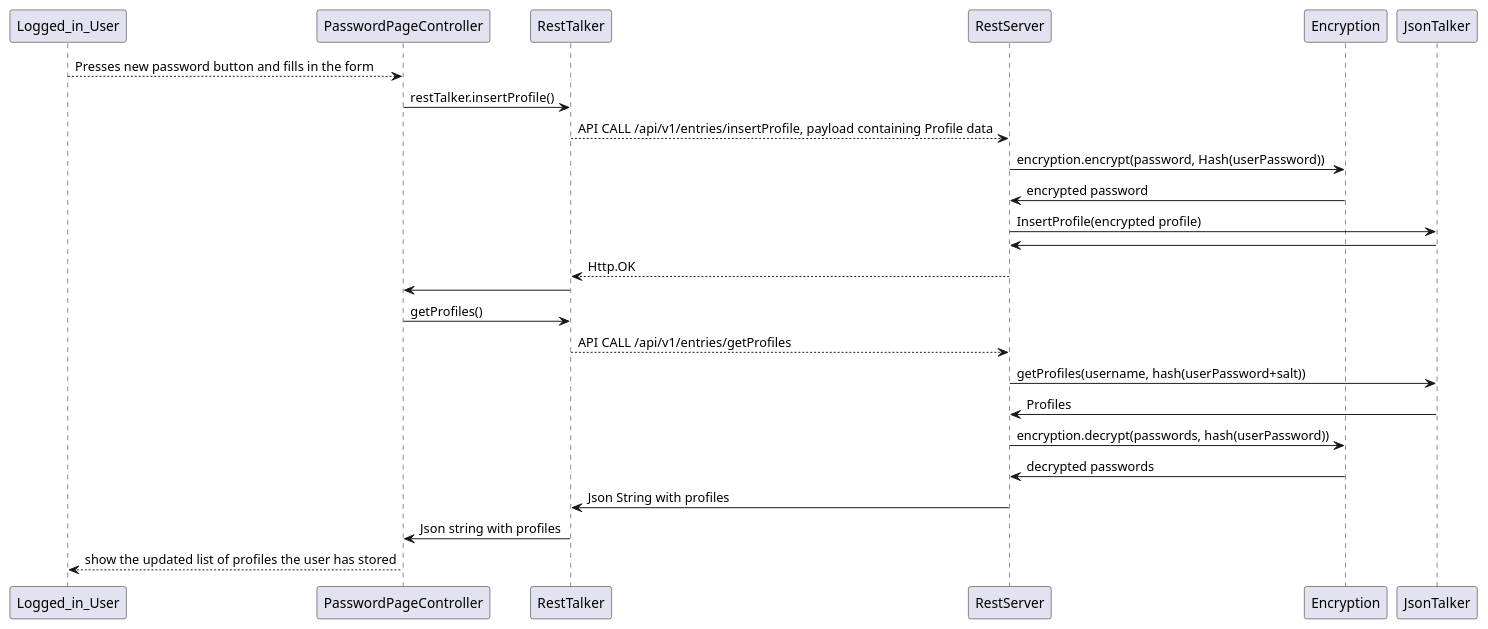
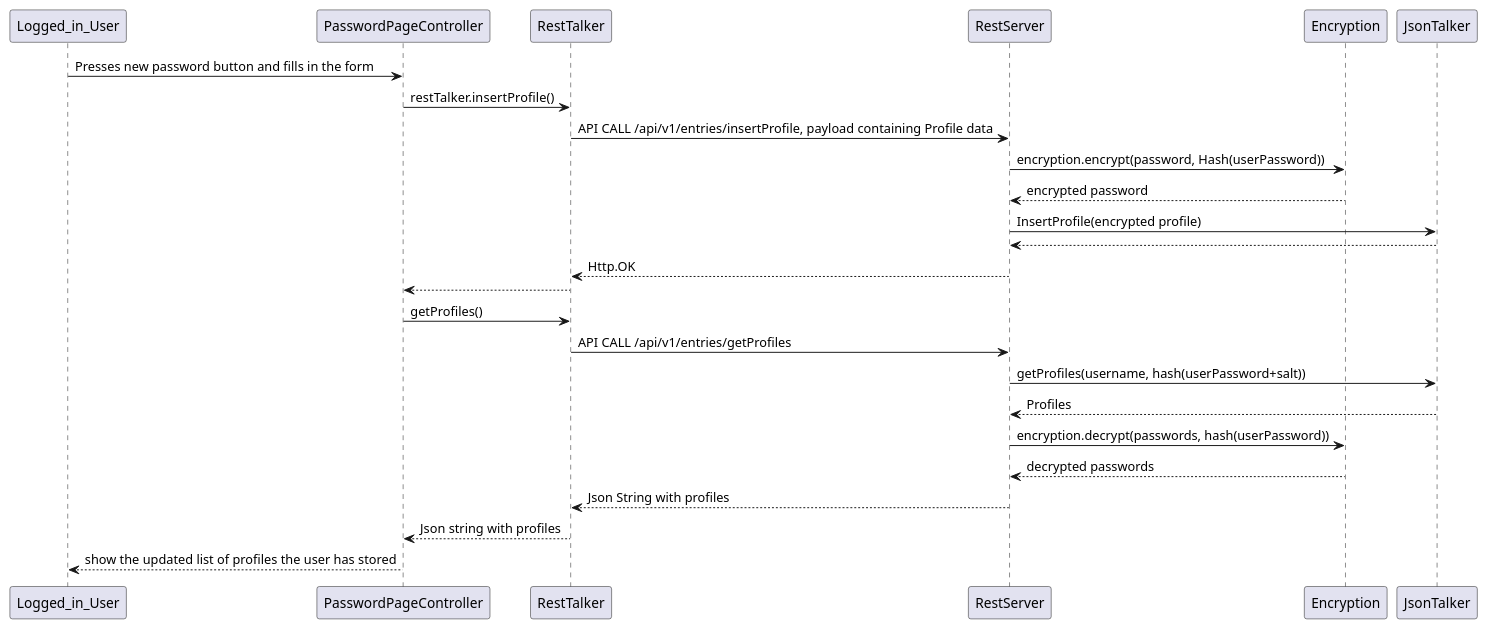
The diagram in docs/project-architecture/PUML-diagrams/SequenceDiagram.plantuml (julian-ao/password-manager), drawn with PlantUML before and after one commit. The commit also changed 1 other file, not shown here.

Commit message:
updates to diagrams
Author @sondrkol

Relates #79

```diff
--- a/docs/project-architecture/PUML-diagrams/SequenceDiagram.plantuml
+++ b/docs/project-architecture/PUML-diagrams/SequenceDiagram.plantuml
@@ -1,20 +1,20 @@
 @startuml
-Logged_in_User --> PasswordPageController: Presses new password button and fills in the form
+Logged_in_User -> PasswordPageController: Presses new password button and fills in the form
 PasswordPageController -> RestTalker: restTalker.insertProfile()
-RestTalker --> RestServer: API CALL /api/v1/entries/insertProfile, payload containing Profile data
+RestTalker -> RestServer: API CALL /api/v1/entries/insertProfile, payload containing Profile data
 RestServer -> Encryption: encryption.encrypt(password, Hash(userPassword))
-Encryption -> RestServer: encrypted password
+Encryption --> RestServer: encrypted password
 RestServer -> JsonTalker: InsertProfile(encrypted profile)
-JsonTalker -> RestServer
+JsonTalker --> RestServer
 RestServer --> RestTalker: Http.OK
-RestTalker -> PasswordPageController
+RestTalker --> PasswordPageController
 PasswordPageController -> RestTalker: getProfiles()
-RestTalker --> RestServer: API CALL /api/v1/entries/getProfiles
+RestTalker -> RestServer: API CALL /api/v1/entries/getProfiles
 RestServer -> JsonTalker: getProfiles(username, hash(userPassword+salt))
-JsonTalker -> RestServer: Profiles
+JsonTalker --> RestServer: Profiles
 RestServer -> Encryption: encryption.decrypt(passwords, hash(userPassword))
-Encryption -> RestServer: decrypted passwords
-RestServer -> RestTalker: Json String with profiles
-RestTalker -> PasswordPageController: Json string with profiles
+Encryption --> RestServer: decrypted passwords
+RestServer --> RestTalker: Json String with profiles
+RestTalker --> PasswordPageController: Json string with profiles
 PasswordPageController --> Logged_in_User: show the updated list of profiles the user has stored
 @enduml
```
